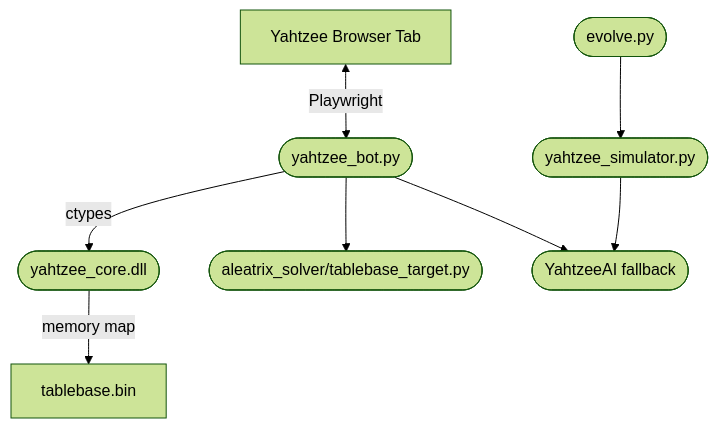
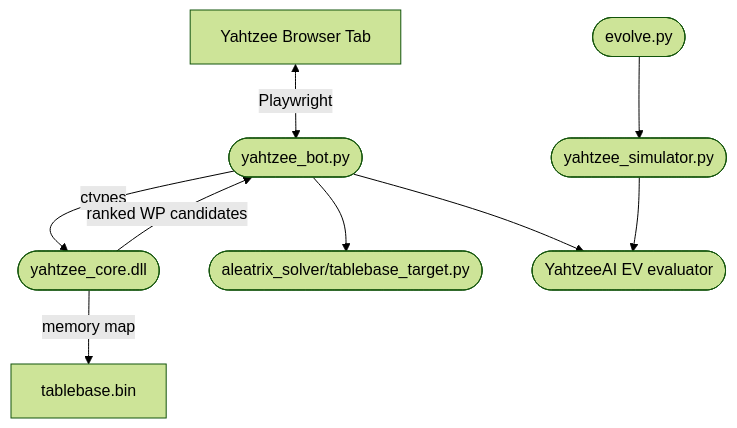
The diagram in README.md (YatzCore/aleatrix-solver), drawn with Mermaid (forest theme) before and after one commit. The commit also changed other lines of this file and 10 other files, not shown here.

````diff
--- a/README.md
+++ b/README.md
@@ -49,10 +56,11 @@
 ```mermaid
 graph TD
     A[Yahtzee Browser Tab] <-->|Playwright| B([yahtzee_bot.py])
     B -->|ctypes| C([yahtzee_core.dll])
     C -->|memory map| D[tablebase.bin]
     B --> E([aleatrix_solver/tablebase_target.py])
-    B --> F([YahtzeeAI fallback])
+    B --> F([YahtzeeAI EV evaluator])
+    C -->|ranked WP candidates| B
     G([yahtzee_simulator.py]) --> F
     H([evolve.py]) --> G
 ```
````
